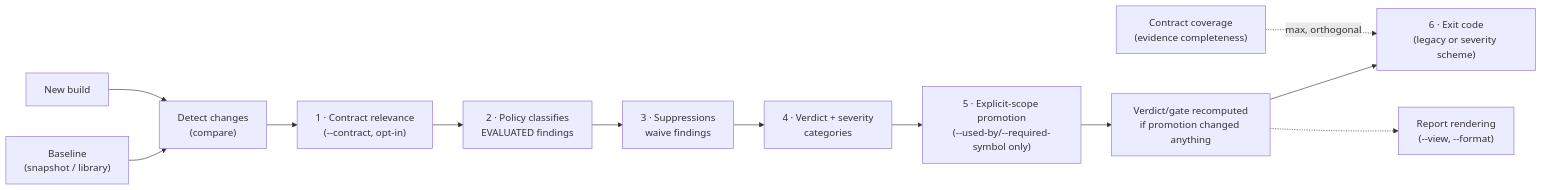
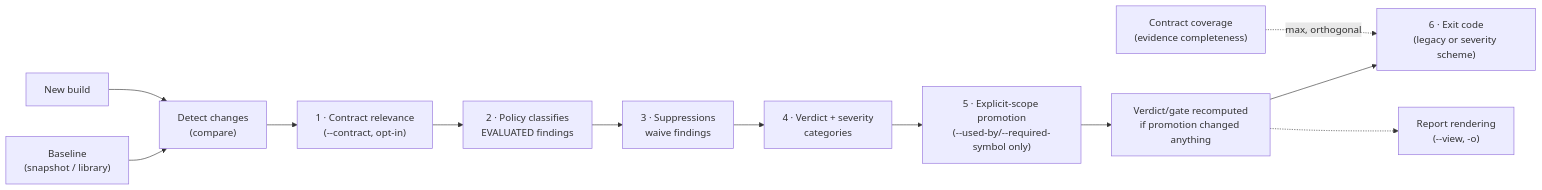
Before and after one commit to abicheck/abicheck: the diagram in docs/use/ci-gating.md, drawn with Mermaid. The commit also changed other lines of this file and 265 other files, not shown here.

````diff
--- a/docs/use/ci-gating.md
+++ b/docs/use/ci-gating.md
@@ -26,14 +26,14 @@
 ```mermaid
 flowchart LR
     B["Baseline<br/>(snapshot / library)"] --> D["Detect changes<br/>(compare)"]
     N["New build"] --> D
     D --> CR["1 · Contract relevance<br/>(--contract, opt-in)"]
     CR --> P["2 · Policy classifies<br/>EVALUATED findings"]
     P --> S["3 · Suppressions<br/>waive findings"]
     S --> V["4 · Verdict + severity<br/>categories"]
     V --> PR["5 · Explicit-scope promotion<br/>(--used-by/--required-symbol only)"]
     PR --> V2["Verdict/gate recomputed<br/>if promotion changed anything"]
     V2 --> E["6 · Exit code<br/>(legacy or severity scheme)"]
     CC["Contract coverage<br/>(evidence completeness)"] -.->|max, orthogonal| E
-    V2 -.-> R["Report rendering<br/>(--view, --format)"]
+    V2 -.-> R["Report rendering<br/>(--view, -o)"]
 ```
````
